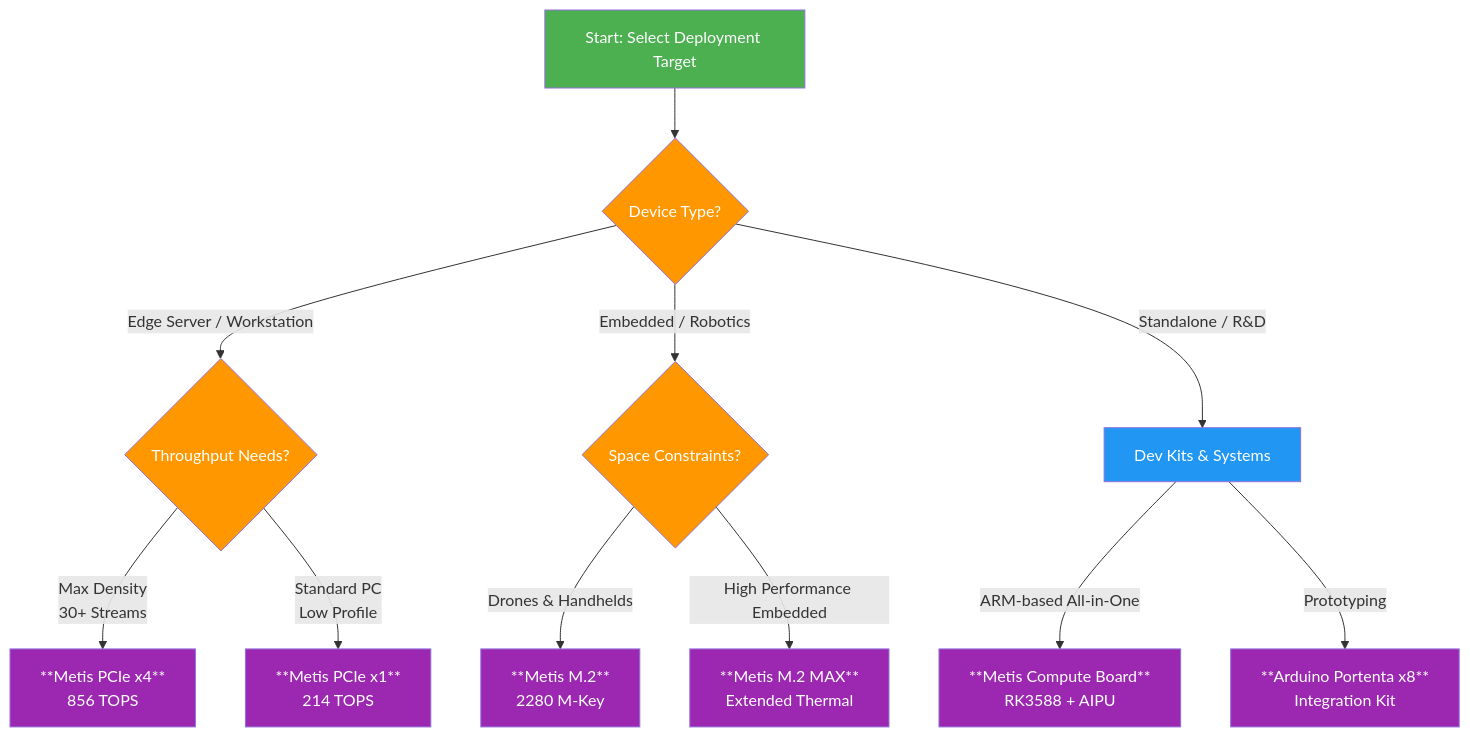
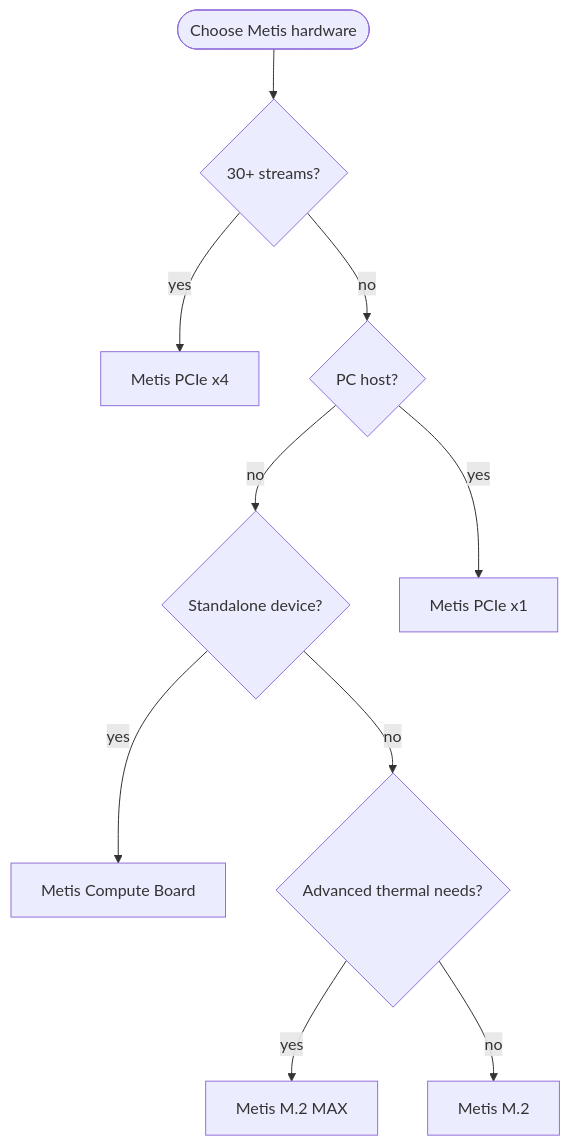
The diagram in skills/ultralytics-docs/references/integrations/axelera.md (wenerme/ai), drawn with Mermaid before and after one commit. The commit also changed 476 other files, not shown here.

````diff
--- a/skills/ultralytics-docs/references/integrations/axelera.md
+++ b/skills/ultralytics-docs/references/integrations/axelera.md
@@ -19,26 +19,17 @@
 ```mermaid
-graph TD
-    A[Start: Select Deployment Target]:::start --> B{Device Type?}:::decide
-    B -->|Edge Server / Workstation| C{Throughput Needs?}:::decide
-    B -->|Embedded / Robotics| D{Space Constraints?}:::decide
-    B -->|Standalone / R&D| E[Dev Kits & Systems]:::proc
+flowchart TD
+    A([Choose Metis hardware]) --> B{30+ streams?}
+    B -->|yes| C[Metis PCIe x4]
+    B -->|no| D{PC host?}
+    D -->|no| F{Standalone device?}
+    D -->|yes| E[Metis PCIe x1]
+    F -->|yes| G[Metis Compute Board]
+    F -->|no| H{Advanced thermal needs?}
+    H -->|yes| J[Metis M.2 MAX]
+    H -->|no| I[Metis M.2]
 
-    C -->|Max Density <br> 30+ Streams| F[**Metis PCIe x4**<br>856 TOPS]:::out
-    C -->|Standard PC <br> Low Profile| G[**Metis PCIe x1**<br>214 TOPS]:::out
-
-    D -->|Drones & Handhelds| H[**Metis M.2**<br>2280 M-Key]:::out
-    D -->|High Performance Embedded| I[**Metis M.2 MAX**<br>Extended Thermal]:::out
-
-    E -->|ARM-based All-in-One| J[**Metis Compute Board**<br>RK3588 + AIPU]:::out
-    E -->|Prototyping| K[**Arduino Portenta x8**<br>Integration Kit]:::out
-
-    click F "https://store.axelera.ai/"
+    click C "https://store.axelera.ai/"
+    click E "https://store.axelera.ai/"
     click G "https://store.axelera.ai/"
-    click H "https://store.axelera.ai/"
-    click J "https://store.axelera.ai/"
-
-    classDef start fill:#4CAF50,color:#fff
-    classDef proc fill:#2196F3,color:#fff
-    classDef decide fill:#FF9800,color:#fff
-    classDef out fill:#9C27B0,color:#fff
+    click I "https://store.axelera.ai/"
 ```
````
